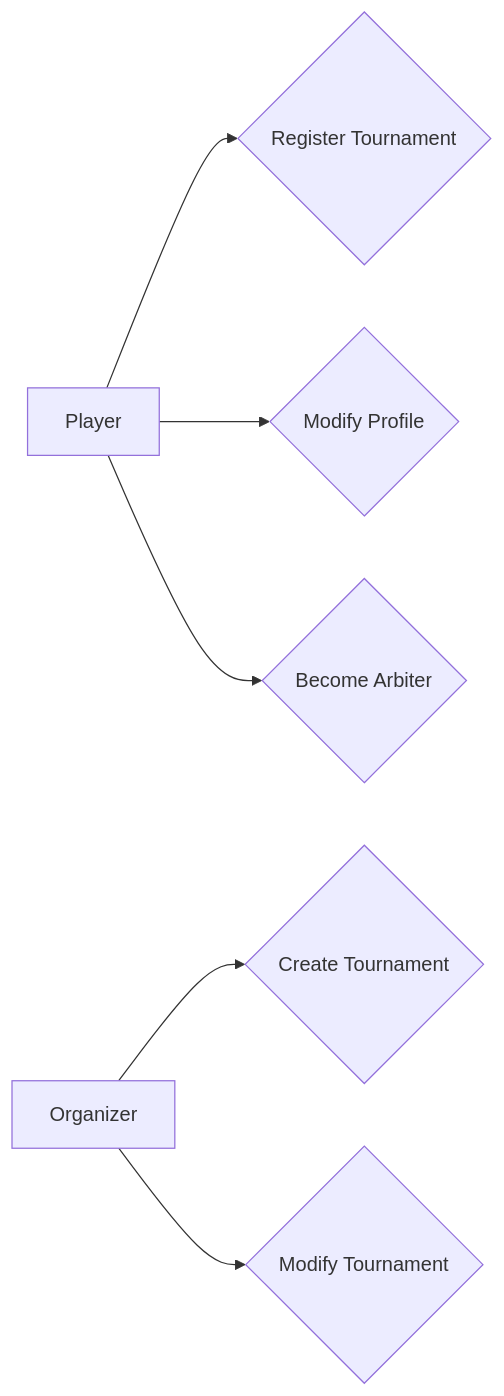
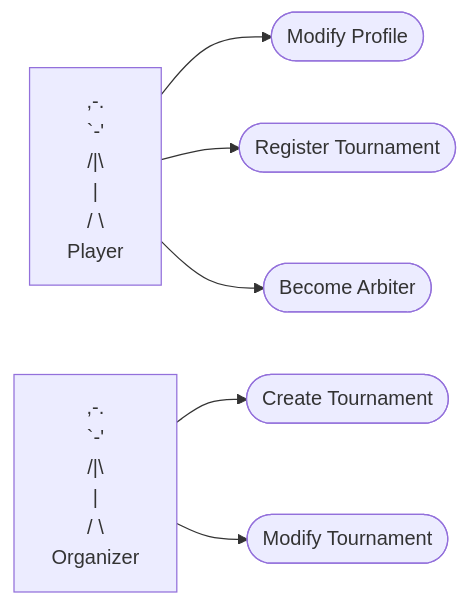
Before and after one commit to ludo2ne/ENSAI-2A-remise-a-niveau: the diagram in UML/Diag cas utilisation.md, drawn with Mermaid. The commit also changed other lines of this file and 3 other files, not shown here.

Commit message:
uml done

````diff
--- a/UML/Diag cas utilisation.md
+++ b/UML/Diag cas utilisation.md
@@ -21,20 +32,13 @@
 ```mermaid
 graph LR
 
-player[Player]
-organizer[Organizer]
+  player[",-. \n`-' \n/|\ \n |\n/ \ \n Player"]
+  organizer[",-. \n`-' \n/|\ \n |\n/ \ \n Organizer"]
 
-player --> register
-player --> modifyProfile
-player --> becomeArbiter
-
-organizer --> createTournament
-organizer --> modifyTournament
-
-register{Register Tournament}
-modifyProfile{Modify Profile}
-becomeArbiter{Become Arbiter}
-createTournament{Create Tournament}
-modifyTournament{Modify Tournament}
-
+  player --> modifyProfile([Modify Profile])
+  player --> register([Register Tournament])
+  player --> becomeArbiter([Become Arbiter])
+  
+  organizer --> createTournament([Create   Tournament])
+  organizer --> modifyTournament([Modify Tournament])
 ```
````
